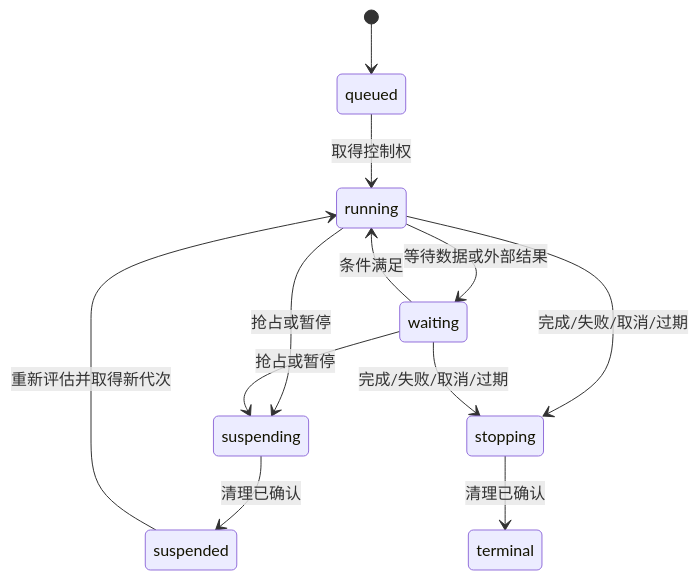
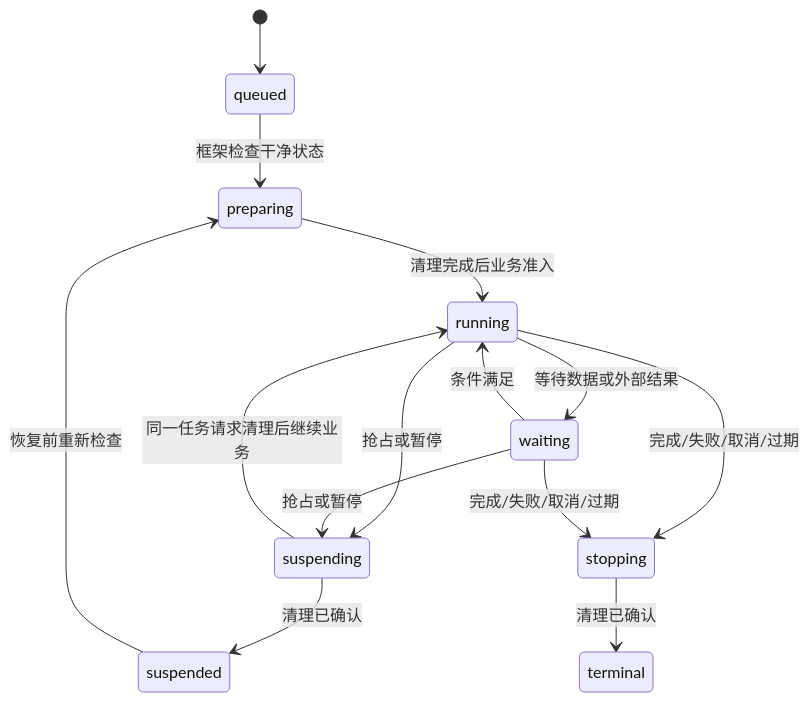
Before and after one commit to cool-colo/qapp: the second of 2 diagrams in docs/task-orchestration-design.md, drawn with Mermaid. The commit also changed other lines of this file and 82 other files, not shown here.

````diff
--- a/docs/task-orchestration-design.md
+++ b/docs/task-orchestration-design.md
@@ -188,14 +192,16 @@
 ```mermaid
 stateDiagram-v2
     [*] --> queued
-    queued --> running: 取得控制权
+    queued --> preparing: 框架检查干净状态
+    preparing --> running: 清理完成后业务准入
     running --> waiting: 等待数据或外部结果
     waiting --> running: 条件满足
     running --> suspending: 抢占或暂停
     waiting --> suspending: 抢占或暂停
     suspending --> suspended: 清理已确认
-    suspended --> running: 重新评估并取得新代次
+    suspended --> preparing: 恢复前重新检查
+    suspending --> running: 同一任务请求清理后继续业务
     running --> stopping: 完成/失败/取消/过期
     waiting --> stopping: 完成/失败/取消/过期
     stopping --> terminal: 清理已确认
 ```
````
